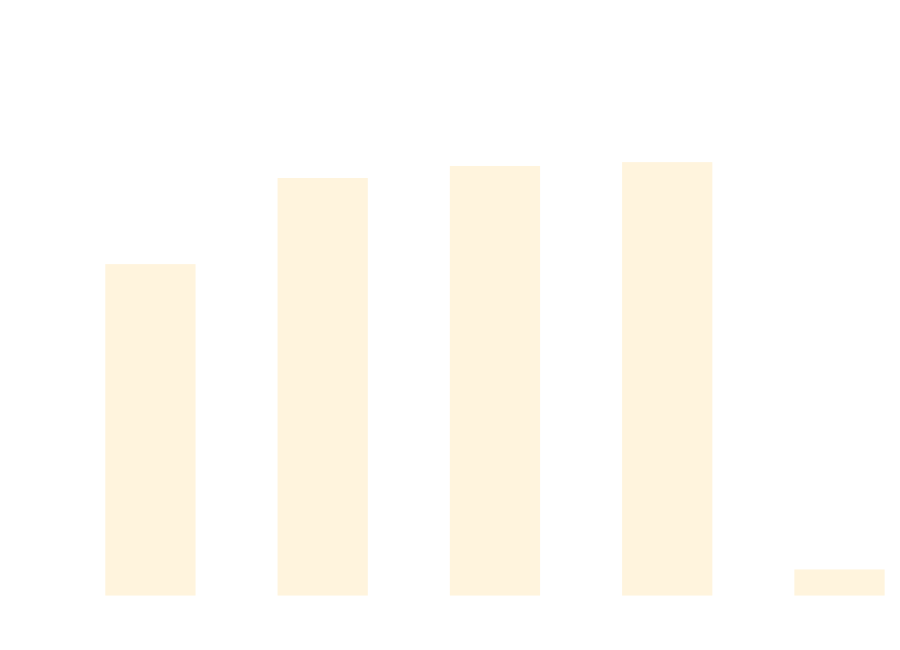
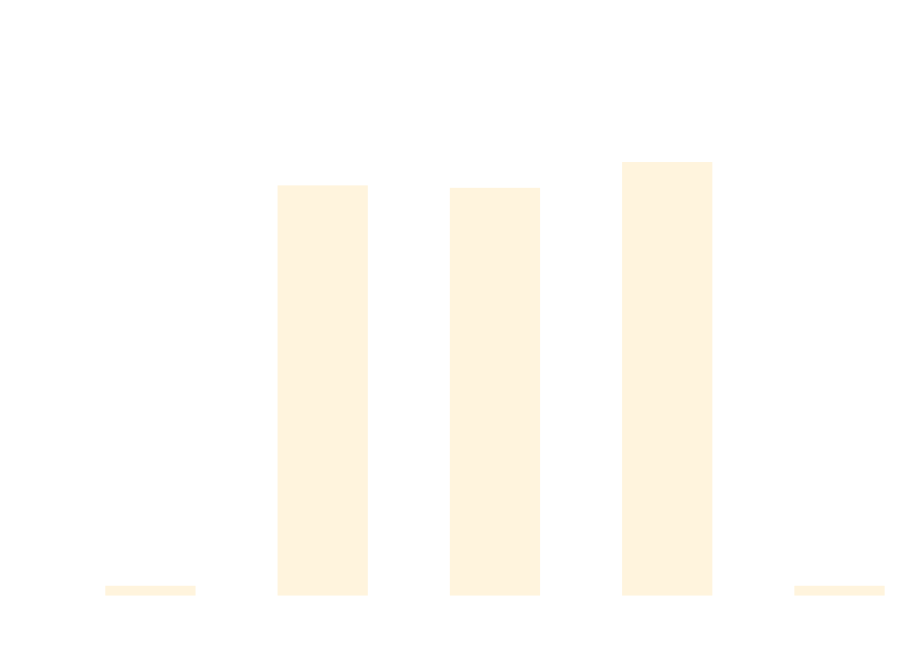
Before and after one commit to thomhurst/TUnit: the diagram in docs/docs/benchmarks/DataDrivenTests.md, drawn with Mermaid. The commit also changed other lines of this file and 16 other files, not shown here.

````diff
--- a/docs/docs/benchmarks/DataDrivenTests.md
+++ b/docs/docs/benchmarks/DataDrivenTests.md
@@ -27,37 +27,37 @@
 ```mermaid
 %%{init: {
   'theme':'base',
   'themeVariables': {
     'primaryColor': '#2563eb',
     'primaryTextColor': '#ffffff',
     'primaryBorderColor': '#1e40af',
     'lineColor': '#6b7280',
     'secondaryColor': '#7c3aed',
     'tertiaryColor': '#dc2626',
     'background': '#ffffff',
     'mainBkg': '#2563eb',
     'secondBkg': '#7c3aed',
     'tertiaryBkg': '#dc2626',
     'clusterBkg': '#f3f4f6',
     'edgeLabelBackground': '#ffffff',
     'tertiaryTextColor': '#1f2937',
     'pie1': '#2563eb',
     'pie2': '#7c3aed',
     'pie3': '#dc2626',
     'pie4': '#f59e0b',
     'pie5': '#10b981',
     'pie6': '#06b6d4',
     'pie7': '#ec4899',
     'pie8': '#6366f1',
     'pie9': '#84cc16',
     'pie10': '#f97316',
     'pie11': '#14b8a6',
     'pie12': '#a855f7'
   }
 }}%%
 xychart-beta
   title "DataDrivenTests Performance Comparison"
   x-axis ["TUnit", "NUnit", "MSTest", "xUnit3", "TUnit_AOT"]
-  y-axis "Time (ms)" 0 --> 689
-  bar [435.58, 552.23, 568.53, 573.7, 22.06]
+  y-axis "Time (ms)" 0 --> 667
+  bar [0, 524.9, 521.7, 555.5, 0]
 ```
````
